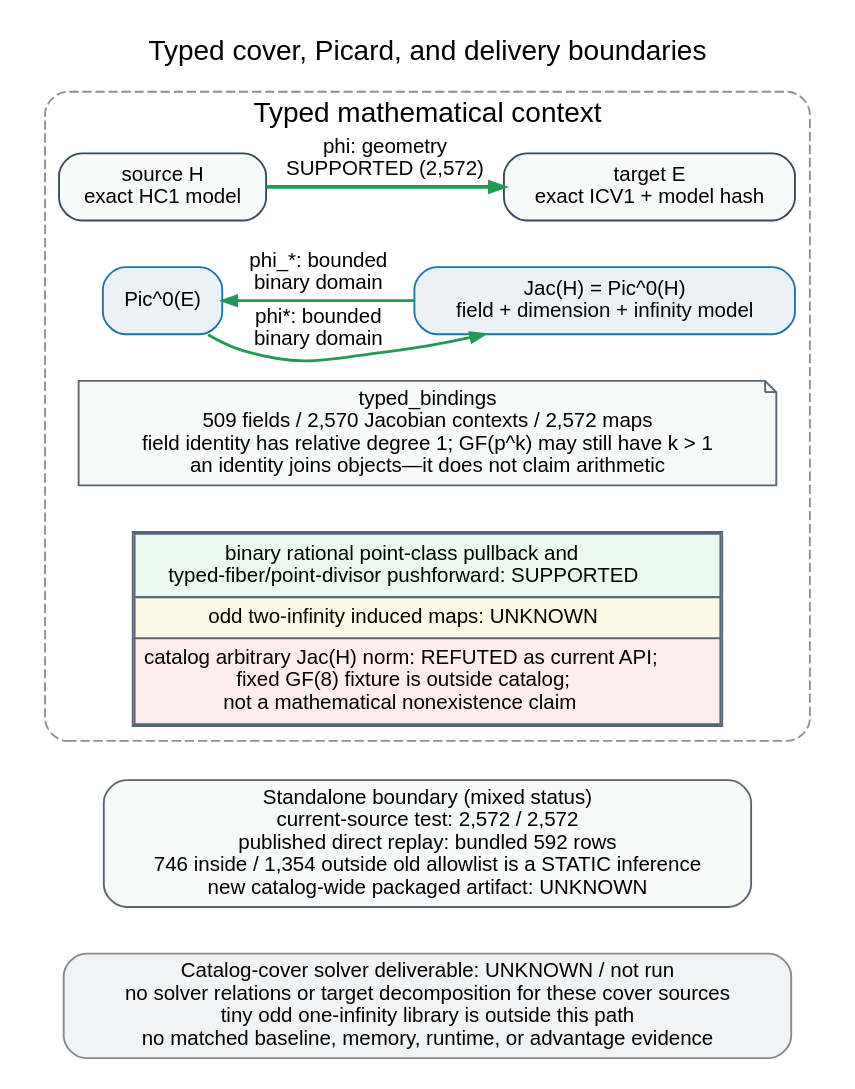
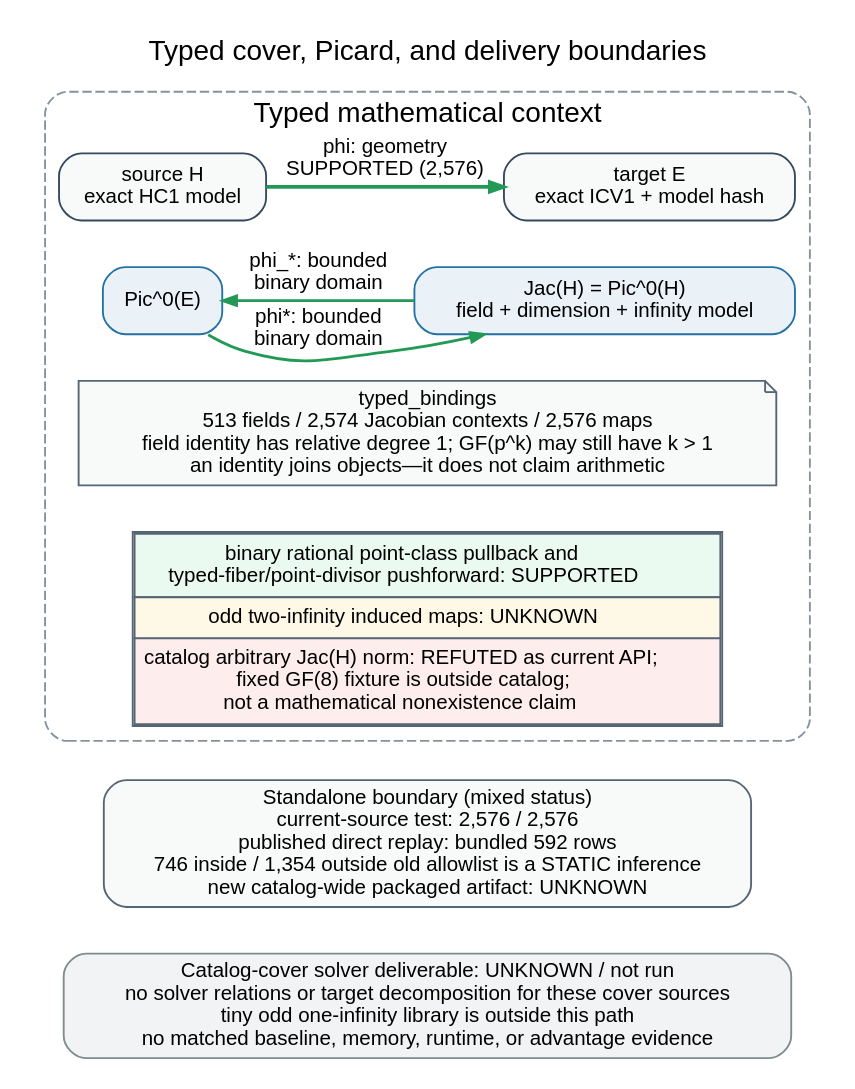
Before and after one commit to isogeny-labs/crypto: the diagram in research/cover_transfer_assessment_20261013/typed_transfer_context.dot, drawn with Graphviz. The commit also changed 14 other files, not shown here.

```diff
--- a/research/cover_transfer_assessment_20261013/typed_transfer_context.dot
+++ b/research/cover_transfer_assessment_20261013/typed_transfer_context.dot
@@ -1,69 +1,69 @@
 digraph typed_transfer_context {
   graph [
     rankdir=TB,
     bgcolor="white",
     pad="0.12",
     nodesep="0.25",
     ranksep="0.34",
     fontname="Helvetica",
     fontsize=15,
     newrank=true,
     labelloc="t",
     label="Typed cover, Picard, and delivery boundaries"
   ];
   node [shape=box, style="rounded,filled", fillcolor="white", color="#34495e", fontname="Helvetica", fontsize=11];
   edge [fontname="Helvetica", fontsize=11, color="#34495e", arrowsize=0.72];
 
   subgraph cluster_context {
     label="Typed mathematical context";
     color="#85929e";
     style="rounded,dashed";
 
     source_h [label="source H\nexact HC1 model", fillcolor="#f8f9f9"];
     target_e [label="target E\nexact ICV1 + model hash", fillcolor="#f8f9f9"];
     pic_e [label="Pic^0(E)", fillcolor="#eaf2f8", color="#2471a3"];
     jac_h [label="Jac(H) = Pic^0(H)\nfield + dimension + infinity model", fillcolor="#eaf2f8", color="#2471a3"];
 
     binding_note [
-      label="typed_bindings\n509 fields / 2,570 Jacobian contexts / 2,572 maps\nfield identity has relative degree 1; GF(p^k) may still have k > 1\nan identity joins objects—it does not claim arithmetic",
+      label="typed_bindings\n513 fields / 2,574 Jacobian contexts / 2,576 maps\nfield identity has relative degree 1; GF(p^k) may still have k > 1\nan identity joins objects—it does not claim arithmetic",
       shape=note,
       fillcolor="#f8f9f9",
       color="#566573"
     ];
     transfer_limits [
       shape=plain,
       label=<
         <TABLE BORDER="1" CELLBORDER="1" CELLSPACING="0" CELLPADDING="4" COLOR="#566573">
           <TR><TD BGCOLOR="#eafaf1">binary rational point-class pullback and<BR/>typed-fiber/point-divisor pushforward: SUPPORTED</TD></TR>
           <TR><TD BGCOLOR="#fef9e7">odd two-infinity induced maps: UNKNOWN</TD></TR>
           <TR><TD BGCOLOR="#fdedec">catalog arbitrary Jac(H) norm: REFUTED as current API;<BR/>fixed GF(8) fixture is outside catalog;<BR/>not a mathematical nonexistence claim</TD></TR>
         </TABLE>
       >
     ];
 
     { rank=same; source_h; target_e; }
     { rank=same; pic_e; jac_h; }
-    source_h -> target_e [label="phi: geometry\nSUPPORTED (2,572)", color="#229954", penwidth=2];
+    source_h -> target_e [label="phi: geometry\nSUPPORTED (2,576)", color="#229954", penwidth=2];
     pic_e -> jac_h [label="phi*: bounded\nbinary domain", color="#229954", penwidth=1.5];
     jac_h -> pic_e [label="phi_*: bounded\nbinary domain", color="#229954", penwidth=1.5, constraint=false];
     source_h -> pic_e [style="invis", weight=50];
     target_e -> jac_h [style="invis", weight=50];
     pic_e -> binding_note [style="invis", weight=40];
     jac_h -> binding_note [style="invis", weight=40];
     binding_note -> transfer_limits [style="invis", weight=40];
   }
 
   package [
-    label="Standalone boundary (mixed status)\ncurrent-source test: 2,572 / 2,572\npublished direct replay: bundled 592 rows\n746 inside / 1,354 outside old allowlist is a STATIC inference\nnew catalog-wide packaged artifact: UNKNOWN",
+    label="Standalone boundary (mixed status)\ncurrent-source test: 2,576 / 2,576\npublished direct replay: bundled 592 rows\n746 inside / 1,354 outside old allowlist is a STATIC inference\nnew catalog-wide packaged artifact: UNKNOWN",
     fillcolor="#f8f9f9",
     color="#566573"
   ];
   solver [
     label="Catalog-cover solver deliverable: UNKNOWN / not run\nno solver relations or target decomposition for these cover sources\ntiny odd one-infinity library is outside this path\nno matched baseline, memory, runtime, or advantage evidence",
     fillcolor="#f2f3f4",
     color="#7f8c8d"
   ];
 
   transfer_limits -> package [style="invis", weight=80];
   package -> solver [style="invis", weight=80];
 }
```
